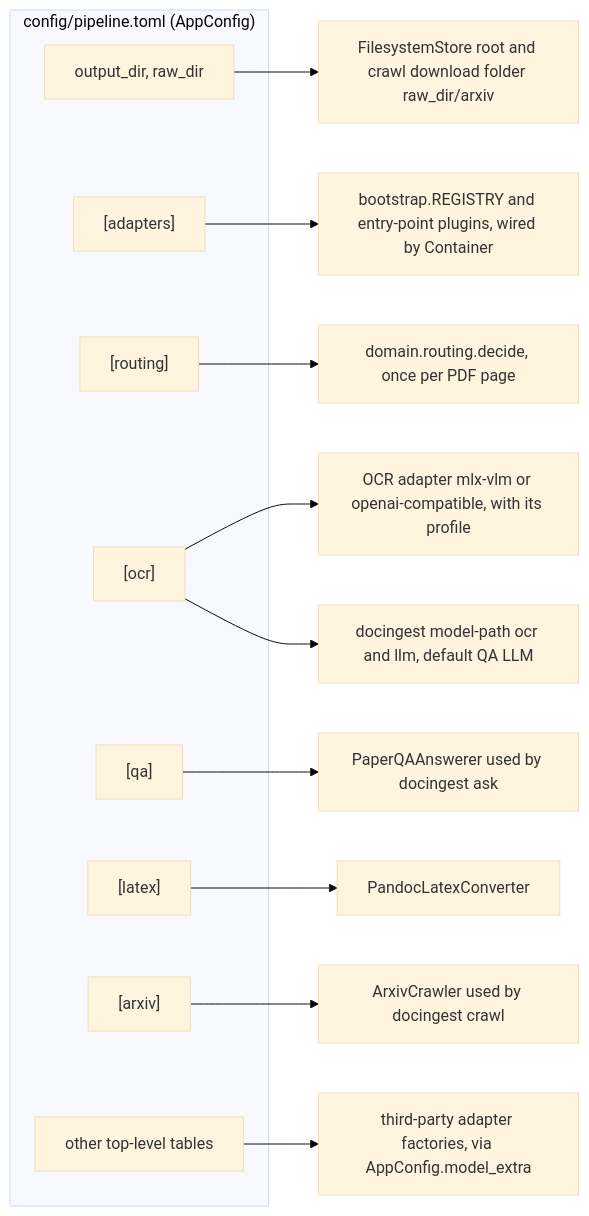
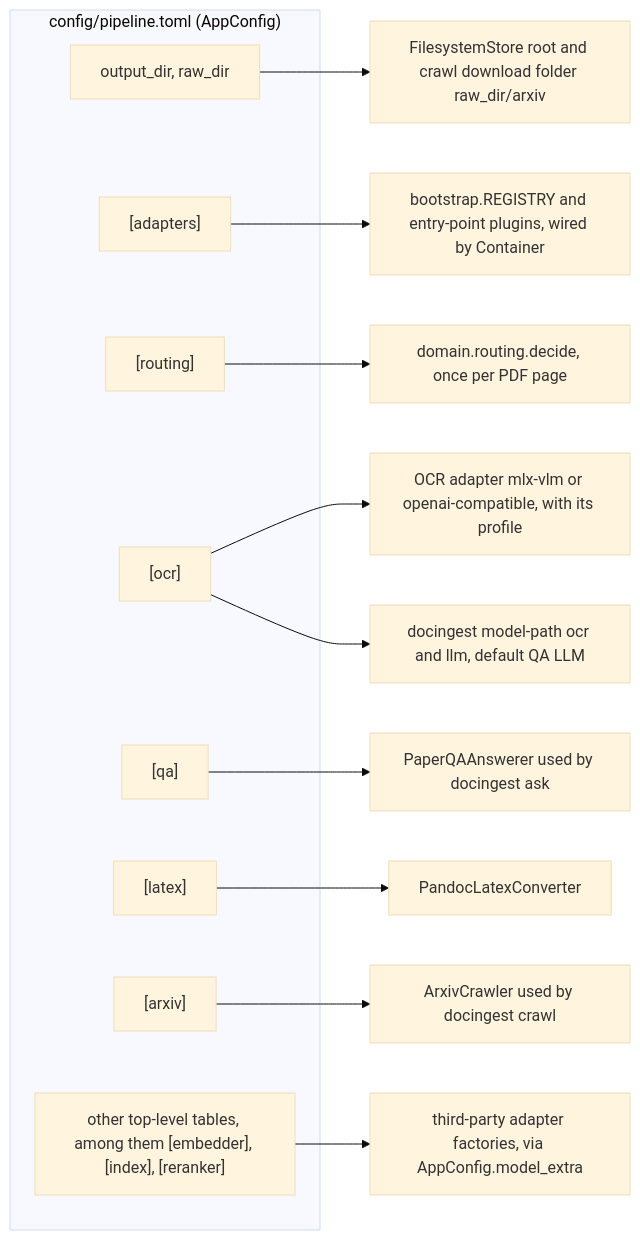
Before and after one commit to etxsA/doc-ingest: the first of 4 diagrams in packages/docingest/config/README.md, drawn with Mermaid (base theme). The commit also changed other lines of this file and 21 other files, not shown here.

First line of the commit message:
feat(ports): Embedder, ChunkIndex and Reranker with built-in none adapters

````diff
--- a/packages/docingest/config/README.md
+++ b/packages/docingest/config/README.md
@@ -31,22 +31,22 @@
 ```mermaid
 flowchart LR
     subgraph pipeline ["config/pipeline.toml (AppConfig)"]
         top["output_dir, raw_dir"]
         adp["[adapters]"]
         rt["[routing]"]
         ocr["[ocr]"]
         qa["[qa]"]
         latex["[latex]"]
         arxiv["[arxiv]"]
-        extra["other top-level tables"]
+        extra["other top-level tables, among them [embedder], [index], [reranker]"]
     end
     adp --> boot["bootstrap.REGISTRY and entry-point plugins, wired by Container"]
     top --> store["FilesystemStore root and crawl download folder raw_dir/arxiv"]
     rt --> route["domain.routing.decide, once per PDF page"]
     ocr --> ocrad["OCR adapter mlx-vlm or openai-compatible, with its profile"]
     ocr --> mp["docingest model-path ocr and llm, default QA LLM"]
     qa --> pqa["PaperQAAnswerer used by docingest ask"]
     latex --> pandoc["PandocLatexConverter"]
     arxiv --> crawler["ArxivCrawler used by docingest crawl"]
     extra --> plug["third-party adapter factories, via AppConfig.model_extra"]
 ```
````
